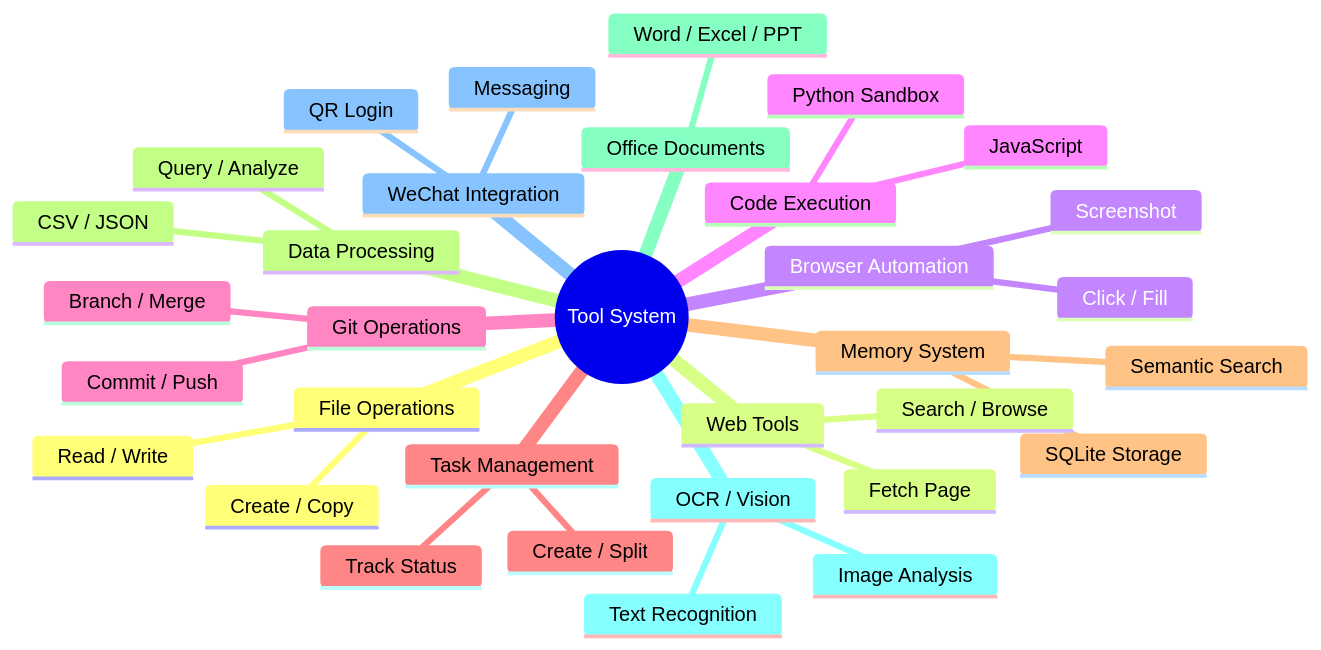
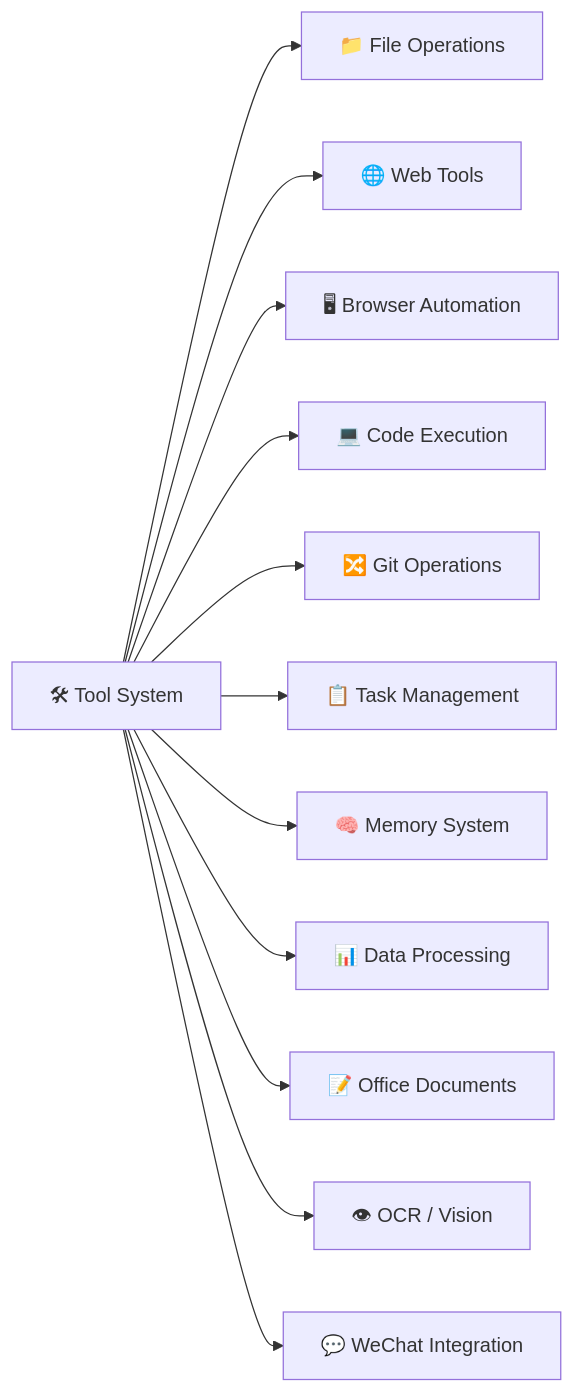
Before and after one commit to 1486853830/CogitoAgent: the first of 3 diagrams in README.md, drawn with Mermaid. The commit also changed 1 other file, not shown here.

Commit message:
docs: update README mermaid diagrams to flowchart LR style
replace the original mindmap diagrams in both README.md and README.zh.md with modern flowchart LR layouts, add consistent icons and clearer category hierarchy

````diff
--- a/README.md
+++ b/README.md
@@ -87,36 +87,15 @@
 ```mermaid
-mindmap
-  root((Tool System))
-    File Operations
-      Read / Write
-      Create / Copy
-    Web Tools
-      Search / Browse
-      Fetch Page
-    Browser Automation
-      Click / Fill
-      Screenshot
-    Code Execution
-      JavaScript
-      Python Sandbox
-    Git Operations
-      Commit / Push
-      Branch / Merge
-    Task Management
-      Create / Split
-      Track Status
-    Memory System
-      SQLite Storage
-      Semantic Search
-    Data Processing
-      CSV / JSON
-      Query / Analyze
-    Office Documents
-      Word / Excel / PPT
-    OCR / Vision
-      Text Recognition
-      Image Analysis
-    WeChat Integration
-      QR Login
-      Messaging
+flowchart LR
+  Tools["🛠 Tool System"]
+  Tools --> File["📁 File Operations"]
+  Tools --> Web["🌐 Web Tools"]
+  Tools --> Browser["🖥 Browser Automation"]
+  Tools --> Code["💻 Code Execution"]
+  Tools --> Git["🔀 Git Operations"]
+  Tools --> Task["📋 Task Management"]
+  Tools --> Memory["🧠 Memory System"]
+  Tools --> Data["📊 Data Processing"]
+  Tools --> Office["📝 Office Documents"]
+  Tools --> OCR["👁 OCR / Vision"]
+  Tools --> Wx["💬 WeChat Integration"]
 ```
````
